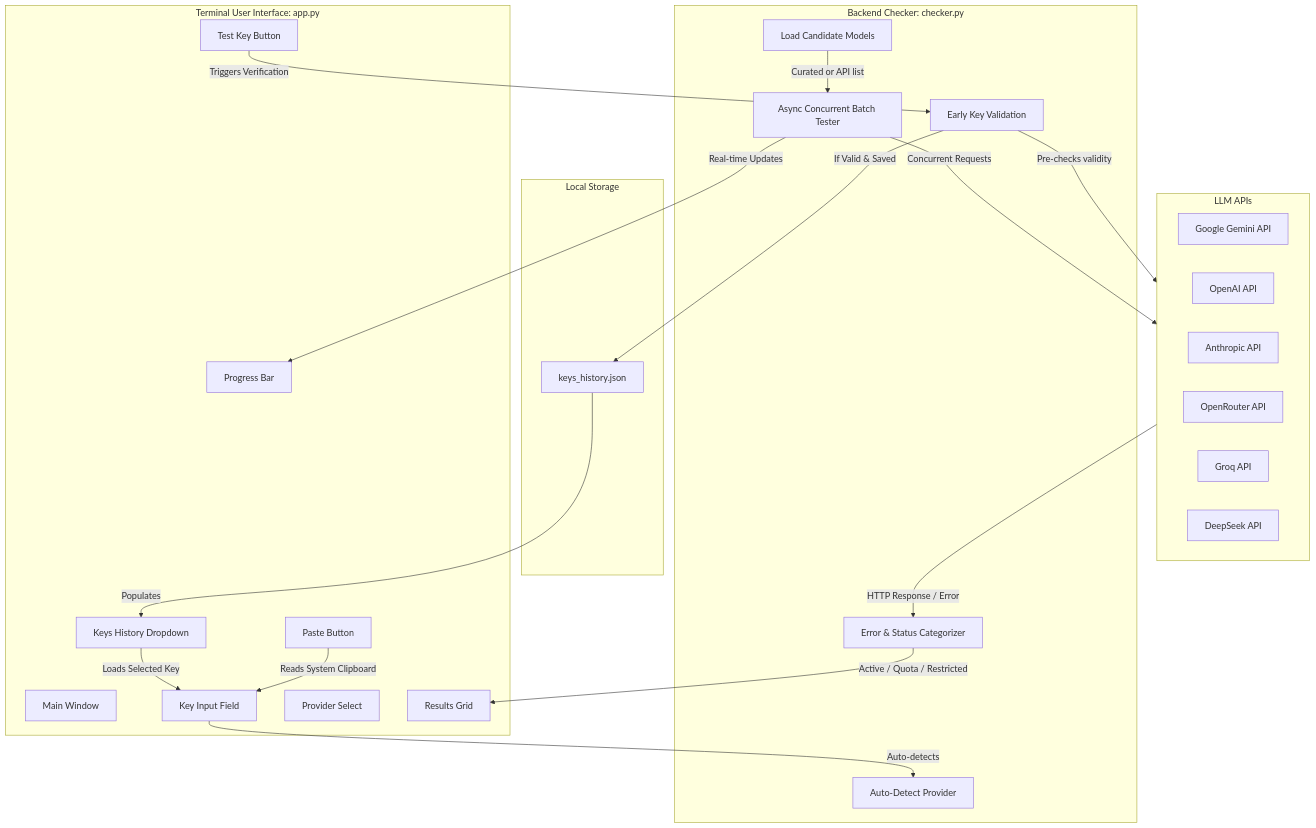
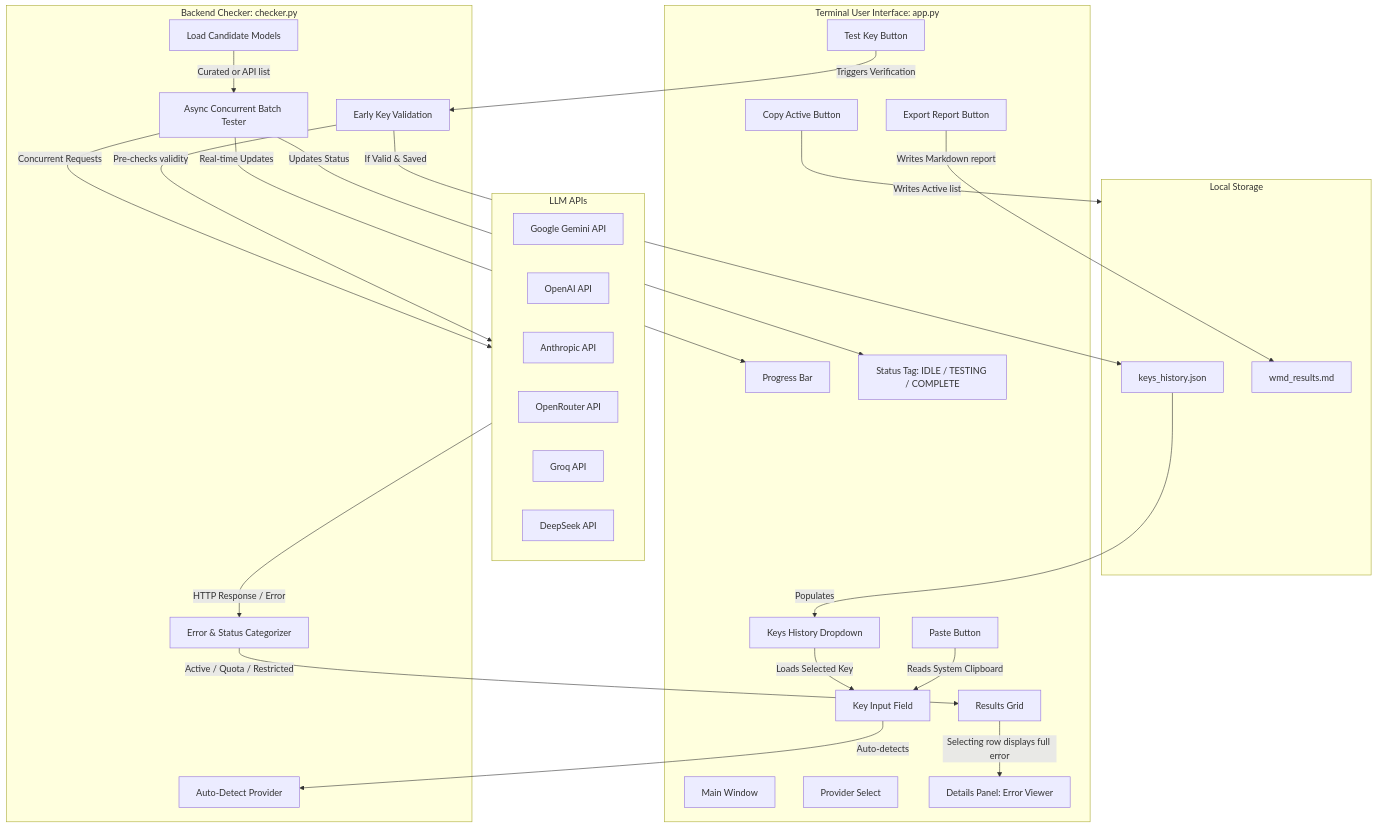
The diagram in walkthrough.md (Shadow-sama287/what-model-does-my-api-key-supports), drawn with Mermaid before and after one commit. The commit also changed other lines of this file and 3 other files, not shown here.

First line of the commit message:
feat: v2 | implemented Export Report & Copy Active Models list

````diff
--- a/walkthrough.md
+++ b/walkthrough.md
@@ -31,48 +32,57 @@
 ```mermaid
 flowchart TD
     subgraph TUI [Terminal User Interface: app.py]
         UI[Main Window]
         KeyHistory[Keys History Dropdown]
         KeyInput[Key Input Field]
         PasteBtn[Paste Button]
         ProvSelect[Provider Select]
         RunBtn[Test Key Button]
         ProgBar[Progress Bar]
+        StatusTag[Status Tag: IDLE / TESTING / COMPLETE]
         ResTable[Results Grid]
+        DetailsPanel[Details Panel: Error Viewer]
+        CopyBtn[Copy Active Button]
+        ExportBtn[Export Report Button]
     end
 
     subgraph Backend [Backend Checker: checker.py]
         Detect[Auto-Detect Provider]
         CheckValid[Early Key Validation]
         GetModels[Load Candidate Models]
         TestModels[Async Concurrent Batch Tester]
         Parser[Error & Status Categorizer]
     end
 
     subgraph Storage [Local Storage]
         Config[keys_history.json]
+        Report[wmd_results.md]
     end
 
     subgraph Providers [LLM APIs]
         Gemini[Google Gemini API]
         OpenAI[OpenAI API]
         Anthropic[Anthropic API]
         OpenRouter[OpenRouter API]
         Groq[Groq API]
         DeepSeek[DeepSeek API]
     end
 
     %% Interactions
     KeyInput -->|Auto-detects| Detect
     PasteBtn -->|Reads System Clipboard| KeyInput
     KeyHistory -->|Loads Selected Key| KeyInput
     RunBtn -->|Triggers Verification| CheckValid
     CheckValid -->|Pre-checks validity| Providers
     CheckValid -->|If Valid & Saved| Config
     Config -->|Populates| KeyHistory
     GetModels -->|Curated or API list| TestModels
     TestModels -->|Concurrent Requests| Providers
     Providers -->|HTTP Response / Error| Parser
     Parser -->|Active / Quota / Restricted| ResTable
     TestModels -->|Real-time Updates| ProgBar
+    TestModels -->|Updates Status| StatusTag
+    ResTable -->|Selecting row displays full error| DetailsPanel
+    CopyBtn -->|Writes Active list| Storage
+    ExportBtn -->|Writes Markdown report| Report
 ```
````
